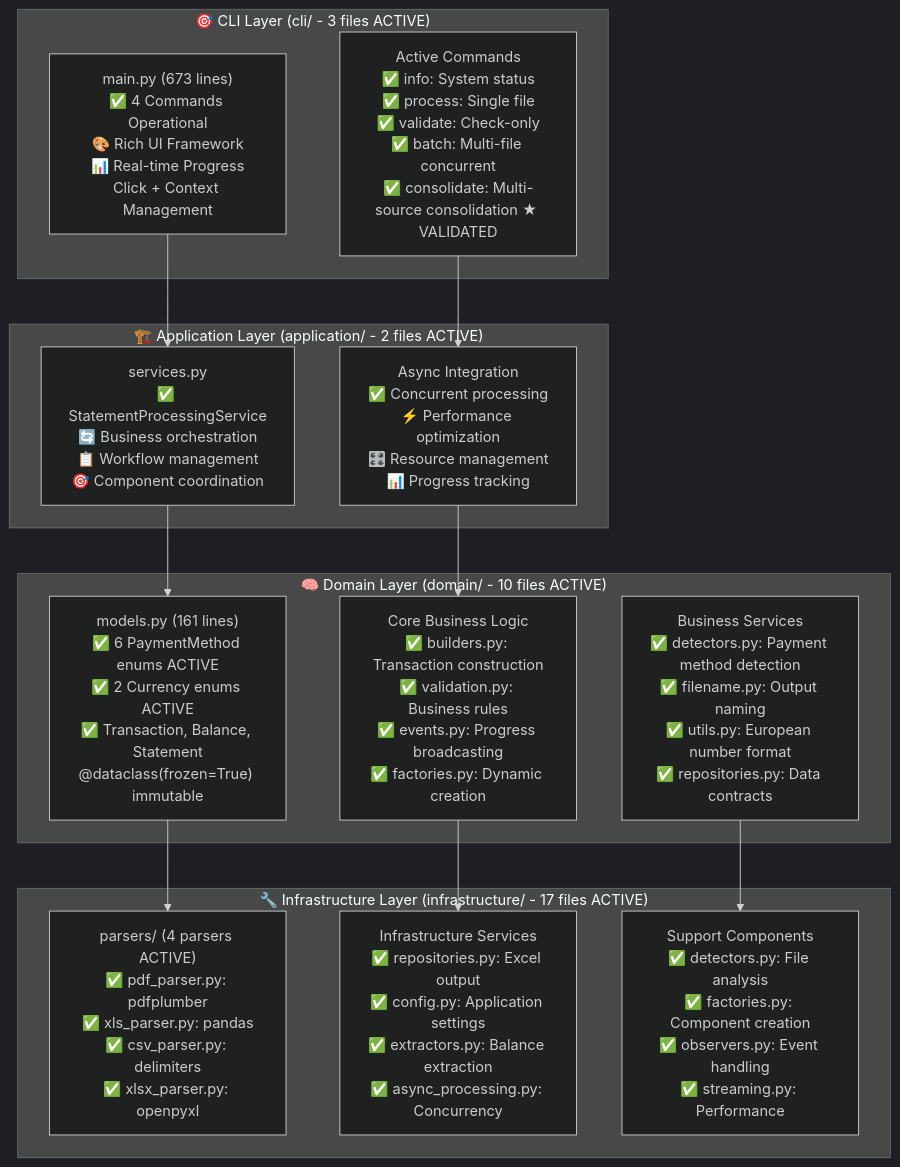
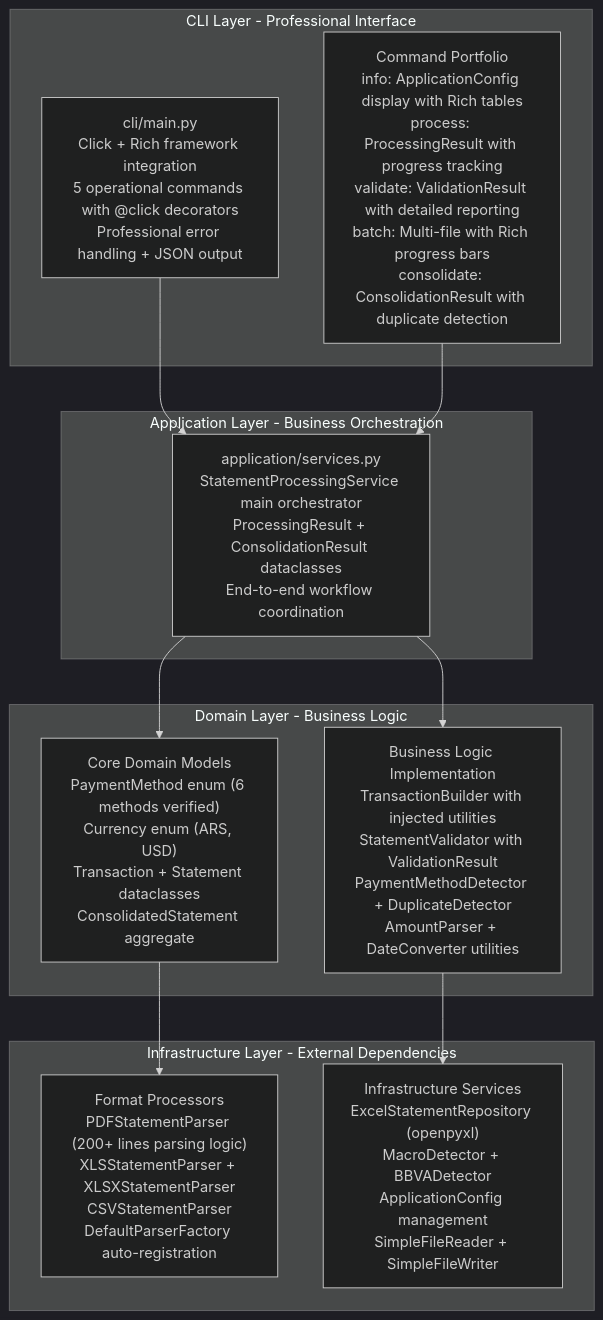
One commit to EduuardoPerez/financial-statement-processor changed the diagram in memory-bank/activeContext.md. Above: the diagram before and after it, drawn with Mermaid (dark theme). The commit also changed other lines of this file and 6 other files, not shown here.

````diff
--- a/memory-bank/activeContext.md
+++ b/memory-bank/activeContext.md
@@ -52,40 +11,33 @@
 ```mermaid
-graph TD
-    subgraph "🎯 CLI Layer (cli/ - 3 files ACTIVE)"
-        CLI_MAIN["main.py (673 lines)<br/>✅ 4 Commands Operational<br/>🎨 Rich UI Framework<br/>📊 Real-time Progress<br/>Click + Context Management"]
+graph TB
+    subgraph "CLI Layer - Professional Interface"
+        CLI_MAIN["cli/main.py<br/>Click + Rich framework integration<br/>5 operational commands with @click decorators<br/>Professional error handling + JSON output"]
 
-        CLI_COMMANDS["Active Commands<br/>✅ info: System status<br/>✅ process: Single file<br/>✅ validate: Check-only<br/>✅ batch: Multi-file concurrent<br/>✅ consolidate: Multi-source consolidation ★ VALIDATED"]
+        CLI_COMMANDS["Command Portfolio<br/>info: ApplicationConfig display with Rich tables<br/>process: ProcessingResult with progress tracking<br/>validate: ValidationResult with detailed reporting<br/>batch: Multi-file with Rich progress bars<br/>consolidate: ConsolidationResult with duplicate detection"]
     end
 
-    subgraph "🏗️ Application Layer (application/ - 2 files ACTIVE)"
-        APP_SERVICE["services.py<br/>✅ StatementProcessingService<br/>🔄 Business orchestration<br/>📋 Workflow management<br/>🎯 Component coordination"]
-
-        APP_ASYNC["Async Integration<br/>✅ Concurrent processing<br/>⚡ Performance optimization<br/>🎛️ Resource management<br/>📊 Progress tracking"]
+    subgraph "Application Layer - Business Orchestration"
+        APP_SERVICE["application/services.py<br/>StatementProcessingService main orchestrator<br/>ProcessingResult + ConsolidationResult dataclasses<br/>End-to-end workflow coordination"]
     end
 
-    subgraph "🧠 Domain Layer (domain/ - 10 files ACTIVE)"
-        DOMAIN_CORE["models.py (161 lines)<br/>✅ 6 PaymentMethod enums ACTIVE<br/>✅ 2 Currency enums ACTIVE<br/>✅ Transaction, Balance, Statement<br/>@dataclass(frozen=True) immutable"]
+    subgraph "Domain Layer - Business Logic"
+        DOMAIN_CORE["Core Domain Models<br/>PaymentMethod enum (6 methods verified)<br/>Currency enum (ARS, USD)<br/>Transaction + Statement dataclasses<br/>ConsolidatedStatement aggregate"]
 
-        DOMAIN_LOGIC["Core Business Logic<br/>✅ builders.py: Transaction construction<br/>✅ validation.py: Business rules<br/>✅ events.py: Progress broadcasting<br/>✅ factories.py: Dynamic creation"]
-
-        DOMAIN_SERVICES["Business Services<br/>✅ detectors.py: Payment method detection<br/>✅ filename.py: Output naming<br/>✅ utils.py: European number format<br/>✅ repositories.py: Data contracts"]
+        DOMAIN_LOGIC["Business Logic Implementation<br/>TransactionBuilder with injected utilities<br/>StatementValidator with ValidationResult<br/>PaymentMethodDetector + DuplicateDetector<br/>AmountParser + DateConverter utilities"]
     end
 
-    subgraph "🔧 Infrastructure Layer (infrastructure/ - 17 files ACTIVE)"
-        INFRA_PARSERS["parsers/ (4 parsers ACTIVE)<br/>✅ pdf_parser.py: pdfplumber<br/>✅ xls_parser.py: pandas<br/>✅ csv_parser.py: delimiters<br/>✅ xlsx_parser.py: openpyxl"]
+    subgraph "Infrastructure Layer - External Dependencies"
+        INFRA_PARSERS["Format Processors<br/>PDFStatementParser (200+ lines parsing logic)<br/>XLSStatementParser + XLSXStatementParser<br/>CSVStatementParser<br/>DefaultParserFactory auto-registration"]
 
-        INFRA_SERVICES["Infrastructure Services<br/>✅ repositories.py: Excel output<br/>✅ config.py: Application settings<br/>✅ extractors.py: Balance extraction<br/>✅ async_processing.py: Concurrency"]
-
-        INFRA_SUPPORT["Support Components<br/>✅ detectors.py: File analysis<br/>✅ factories.py: Component creation<br/>✅ observers.py: Event handling<br/>✅ streaming.py: Performance"]
+        INFRA_SERVICES["Infrastructure Services<br/>ExcelStatementRepository (openpyxl)<br/>MacroDetector + BBVADetector<br/>ApplicationConfig management<br/>SimpleFileReader + SimpleFileWriter"]
     end
 
     CLI_MAIN --> APP_SERVICE
-    CLI_COMMANDS --> APP_ASYNC
+    CLI_COMMANDS --> APP_SERVICE
 
     APP_SERVICE --> DOMAIN_CORE
-    APP_ASYNC --> DOMAIN_LOGIC
+    APP_SERVICE --> DOMAIN_LOGIC
 
     DOMAIN_CORE --> INFRA_PARSERS
     DOMAIN_LOGIC --> INFRA_SERVICES
-    DOMAIN_SERVICES --> INFRA_SUPPORT
 ```
````
